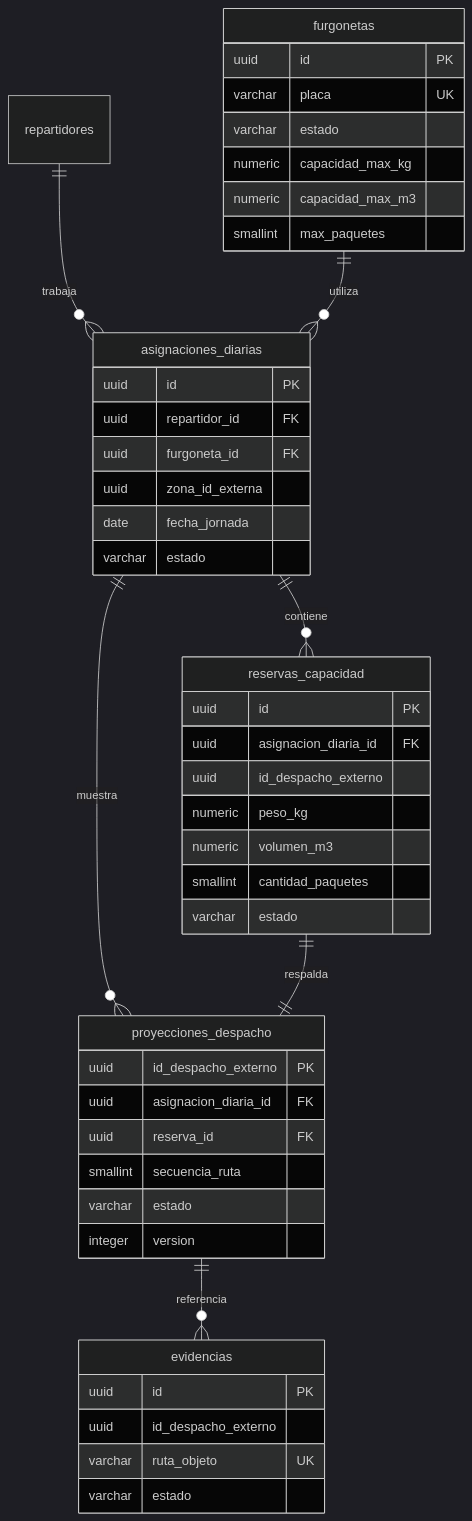
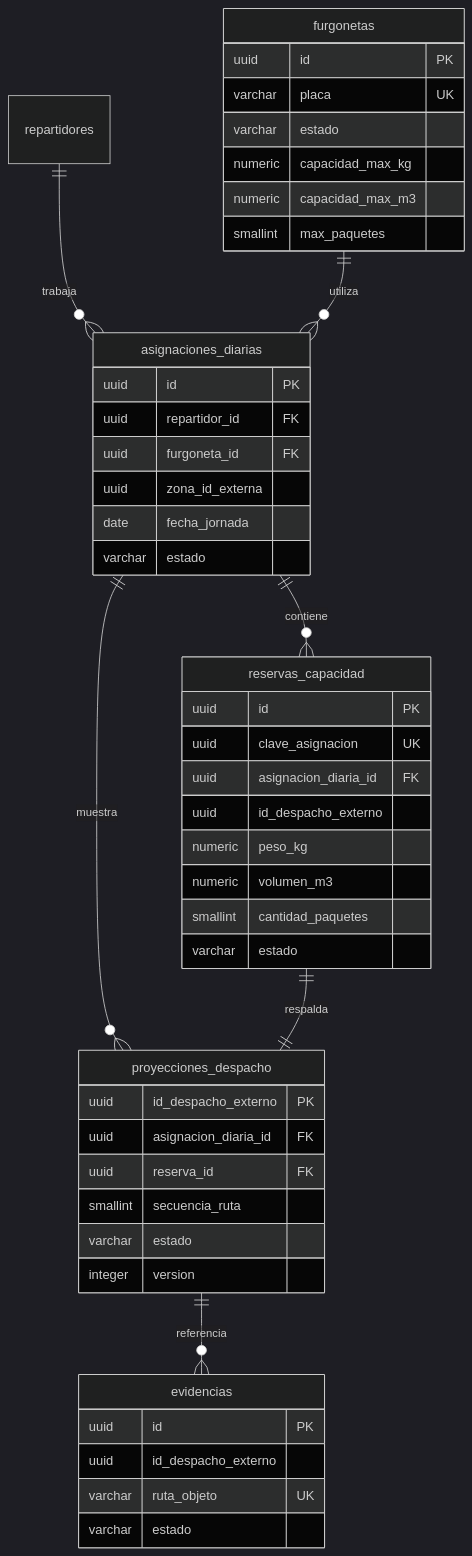
One commit to Taller-SW-Web/G2-Despacho-Specs changed the second of 2 diagrams in arquitectura/modelo-datos.md. Above: the diagram before and after it, drawn with Mermaid (dark theme). The commit also changed other lines of this file and 24 other files, not shown here.

````diff
--- a/arquitectura/modelo-datos.md
+++ b/arquitectura/modelo-datos.md
@@ -70,49 +81,50 @@
 ```mermaid
 erDiagram
     repartidores ||--o{ asignaciones_diarias : trabaja
     furgonetas ||--o{ asignaciones_diarias : utiliza
     asignaciones_diarias ||--o{ reservas_capacidad : contiene
     asignaciones_diarias ||--o{ proyecciones_despacho : muestra
     reservas_capacidad ||--|| proyecciones_despacho : respalda
     proyecciones_despacho ||--o{ evidencias : referencia
 
     furgonetas {
         uuid id PK
         varchar placa UK
         varchar estado
         numeric capacidad_max_kg
         numeric capacidad_max_m3
         smallint max_paquetes
     }
     asignaciones_diarias {
         uuid id PK
         uuid repartidor_id FK
         uuid furgoneta_id FK
         uuid zona_id_externa
         date fecha_jornada
         varchar estado
     }
     reservas_capacidad {
         uuid id PK
+        uuid clave_asignacion UK
         uuid asignacion_diaria_id FK
         uuid id_despacho_externo
         numeric peso_kg
         numeric volumen_m3
         smallint cantidad_paquetes
         varchar estado
     }
     proyecciones_despacho {
         uuid id_despacho_externo PK
         uuid asignacion_diaria_id FK
         uuid reserva_id FK
         smallint secuencia_ruta
         varchar estado
         integer version
     }
     evidencias {
         uuid id PK
         uuid id_despacho_externo
         varchar ruta_objeto UK
         varchar estado
     }
 ```
````
